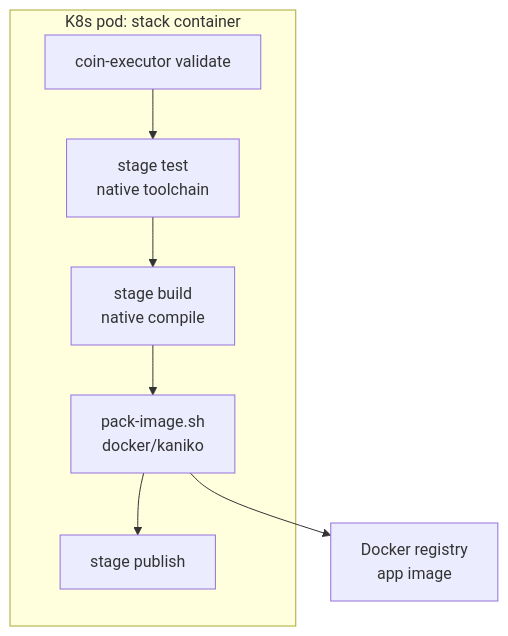
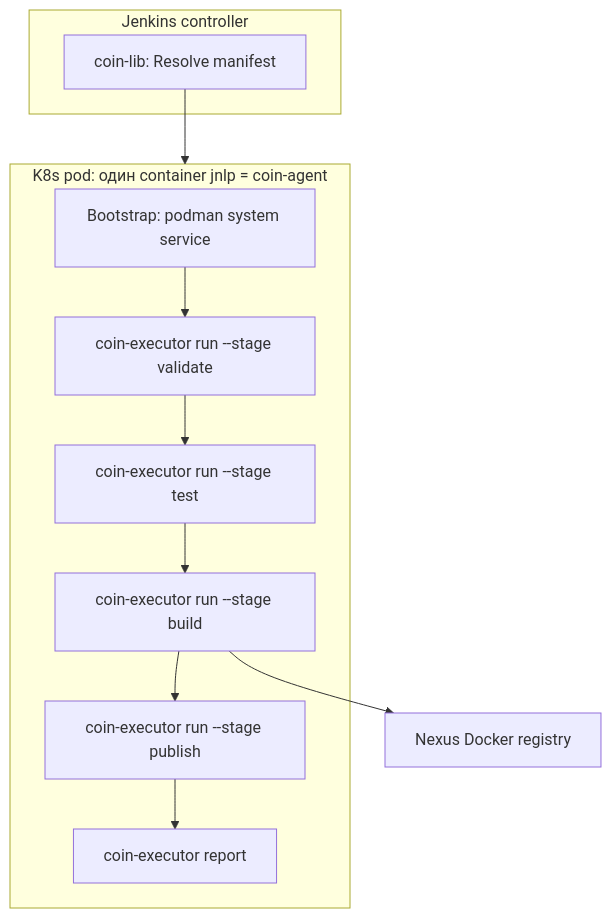
One commit to MstrPol/coin changed the diagram in docs/agent-build-model.md. Above: the diagram before and after it, drawn with Mermaid. The commit also changed other lines of this file and 131 other files, not shown here.

````diff
--- a/docs/agent-build-model.md
+++ b/docs/agent-build-model.md
@@ -23,13 +51,19 @@
 ```mermaid
 flowchart TB
-  subgraph agent["K8s pod: stack container"]
-    V["coin-executor validate"]
-    T["stage test\nnative toolchain"]
-    B1["stage build\nnative compile"]
-    B2["pack-image.sh\ndocker/kaniko"]
-    P["stage publish"]
+  subgraph jenkins["Jenkins controller"]
+    R["coin-lib: Resolve manifest"]
   end
 
-  V --> T --> B1 --> B2 --> P
-  B2 --> REG["Docker registry\napp image"]
+  subgraph pod["K8s pod: один container jnlp = coin-agent"]
+    B["Bootstrap: podman system service"]
+    V["coin-executor run --stage validate"]
+    T["coin-executor run --stage test"]
+    BI["coin-executor run --stage build"]
+    P["coin-executor run --stage publish"]
+    REP["coin-executor report"]
+  end
+
+  R --> pod
+  B --> V --> T --> BI --> P --> REP
+  BI --> REG["Nexus Docker registry"]
 ```
````
